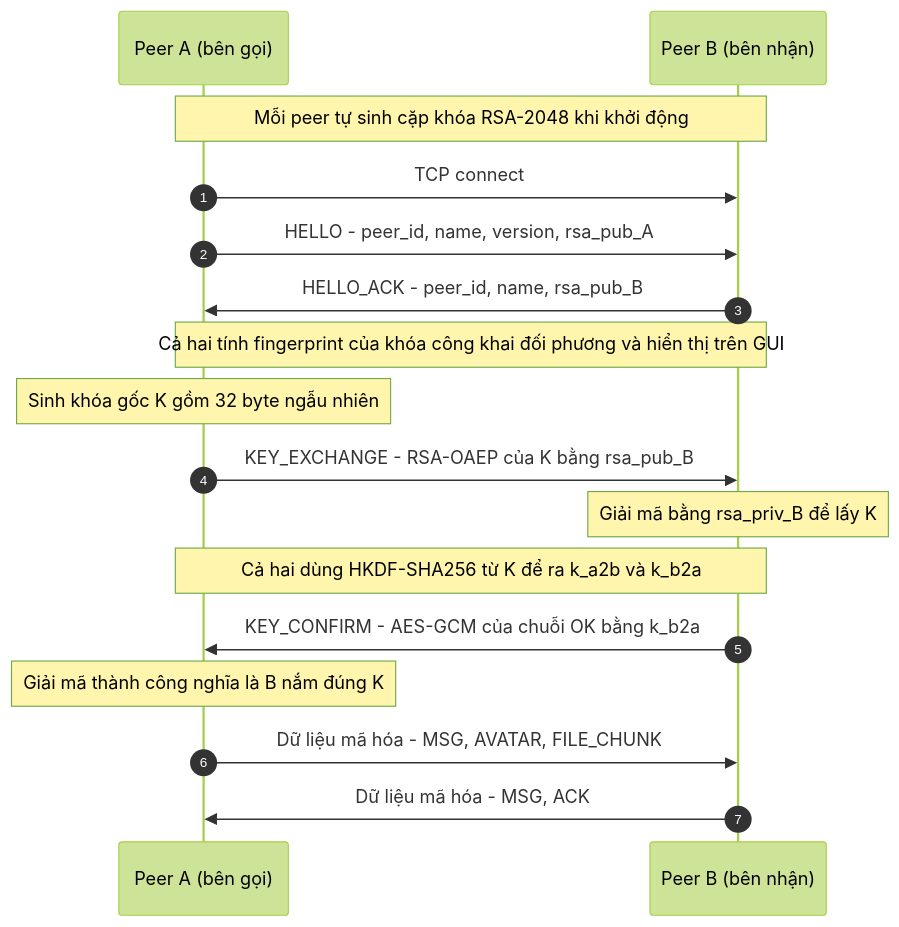
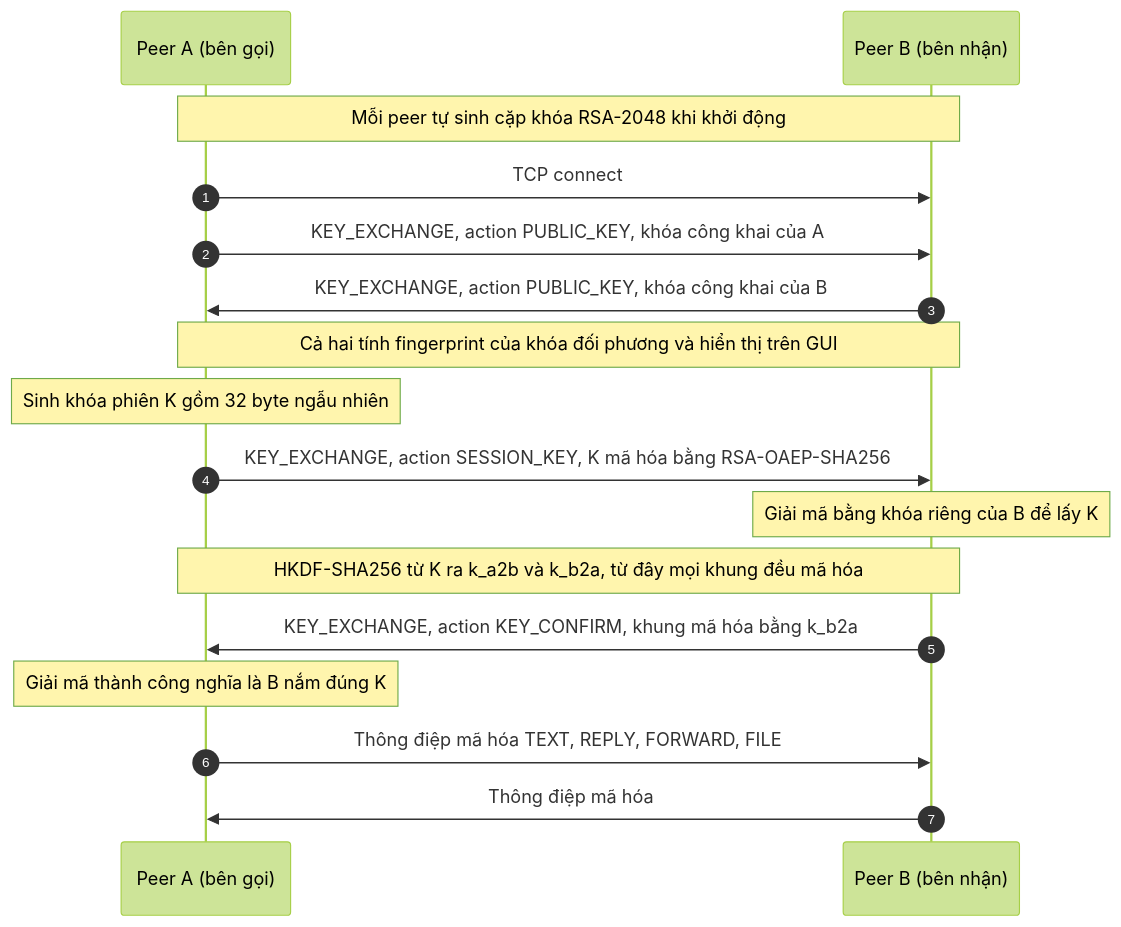
Before and after one commit to GraouT27/CHATP2P_PROJECT: the first of 2 diagrams in EXTRA/thiet_ke_bao_mat.md, drawn with Mermaid (forest theme). The commit also changed other lines of this file, not shown here.

````diff
--- a/EXTRA/thiet_ke_bao_mat.md
+++ b/EXTRA/thiet_ke_bao_mat.md
@@ -30,19 +32,19 @@
 ```mermaid
 sequenceDiagram
     autonumber
     participant A as Peer A (bên gọi)
     participant B as Peer B (bên nhận)
     Note over A,B: Mỗi peer tự sinh cặp khóa RSA-2048 khi khởi động
     A->>B: TCP connect
-    A->>B: HELLO - peer_id, name, version, rsa_pub_A
-    B->>A: HELLO_ACK - peer_id, name, rsa_pub_B
-    Note over A,B: Cả hai tính fingerprint của khóa công khai đối phương và hiển thị trên GUI
-    Note over A: Sinh khóa gốc K gồm 32 byte ngẫu nhiên
-    A->>B: KEY_EXCHANGE - RSA-OAEP của K bằng rsa_pub_B
-    Note over B: Giải mã bằng rsa_priv_B để lấy K
-    Note over A,B: Cả hai dùng HKDF-SHA256 từ K để ra k_a2b và k_b2a
-    B->>A: KEY_CONFIRM - AES-GCM của chuỗi OK bằng k_b2a
+    A->>B: KEY_EXCHANGE, action PUBLIC_KEY, khóa công khai của A
+    B->>A: KEY_EXCHANGE, action PUBLIC_KEY, khóa công khai của B
+    Note over A,B: Cả hai tính fingerprint của khóa đối phương và hiển thị trên GUI
+    Note over A: Sinh khóa phiên K gồm 32 byte ngẫu nhiên
+    A->>B: KEY_EXCHANGE, action SESSION_KEY, K mã hóa bằng RSA-OAEP-SHA256
+    Note over B: Giải mã bằng khóa riêng của B để lấy K
+    Note over A,B: HKDF-SHA256 từ K ra k_a2b và k_b2a, từ đây mọi khung đều mã hóa
+    B->>A: KEY_EXCHANGE, action KEY_CONFIRM, khung mã hóa bằng k_b2a
     Note over A: Giải mã thành công nghĩa là B nắm đúng K
-    A->>B: Dữ liệu mã hóa - MSG, AVATAR, FILE_CHUNK
-    B->>A: Dữ liệu mã hóa - MSG, ACK
+    A->>B: Thông điệp mã hóa TEXT, REPLY, FORWARD, FILE
+    B->>A: Thông điệp mã hóa
 ```
````
